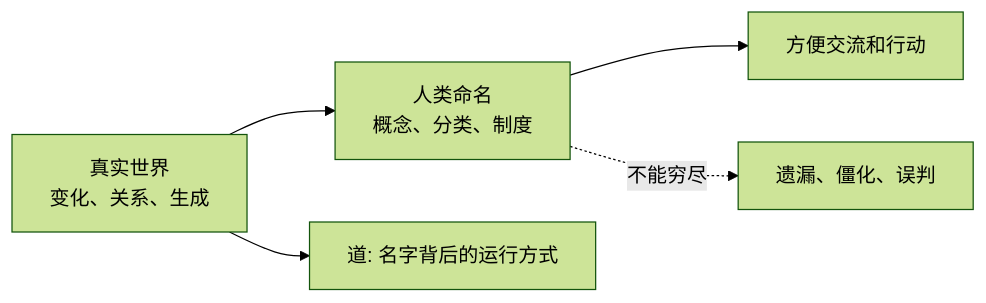
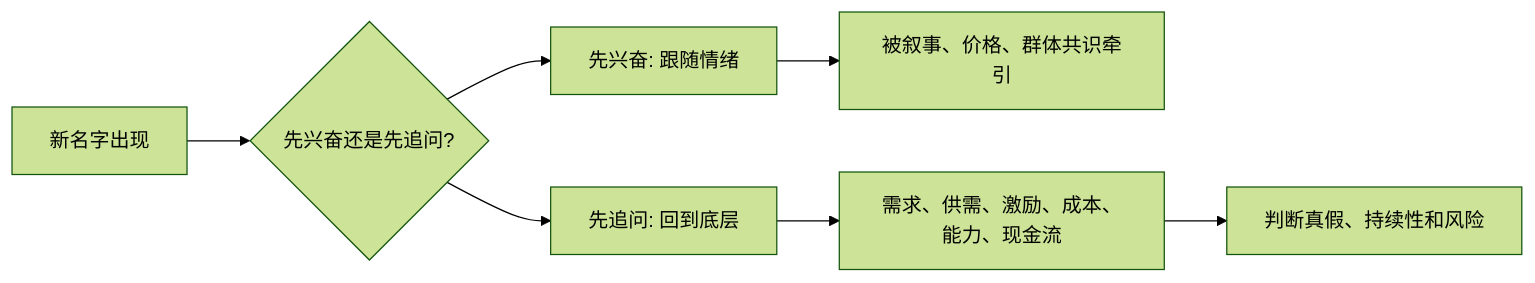
The second of 2 diagrams in 202605/20260518_30.md (digoal/blog), drawn with Mermaid (forest theme) before and after one commit. The commit also changed other lines of this file and 26 other files, not shown here.

````diff
--- a/202605/20260518_30.md
+++ b/202605/20260518_30.md
@@ -21,7 +190,9 @@
 ```mermaid
 flowchart LR
-  A["真实世界<br/>变化、关系、生成"] --> B["人类命名<br/>概念、分类、制度"]
-  B --> C["方便交流和行动"]
-  B -. "不能穷尽" .-> D["遗漏、僵化、误判"]
-  A --> E["道: 名字背后的运行方式"]
+  A["新名字出现"] --> B{"先兴奋还是先追问?"}
+  B --> C["先兴奋: 跟随情绪"]
+  C --> D["被叙事、价格、群体共识牵引"]
+  B --> E["先追问: 回到底层"]
+  E --> F["需求、供需、激励、成本、能力、现金流"]
+  F --> G["判断真假、持续性和风险"]
 ```
````
